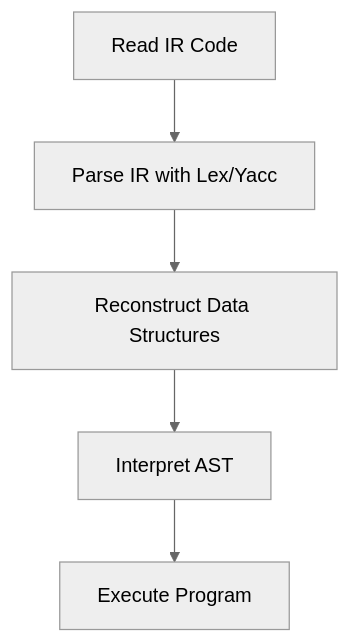
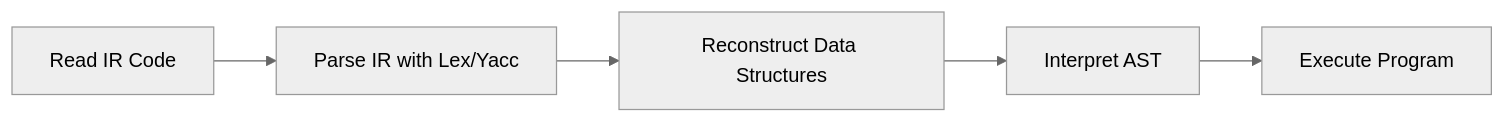
One commit to zestones/Argonaut changed the diagram in wiki/virtual_machine/01-the-argonaut-virtual-machine.md. Above: the diagram before and after it, drawn with Mermaid (neutral theme). The commit also changed other lines of this file and 3 other files, not shown here.

````diff
--- a/wiki/virtual_machine/01-the-argonaut-virtual-machine.md
+++ b/wiki/virtual_machine/01-the-argonaut-virtual-machine.md
@@ -40,7 +40,7 @@
 ```mermaid
-flowchart TD
+flowchart LR
     A[Read IR Code] --> B[Parse IR with Lex/Yacc]
     B --> C[Reconstruct Data Structures]
     C --> D[Interpret AST]
     D --> E[Execute Program]
 ```
````
